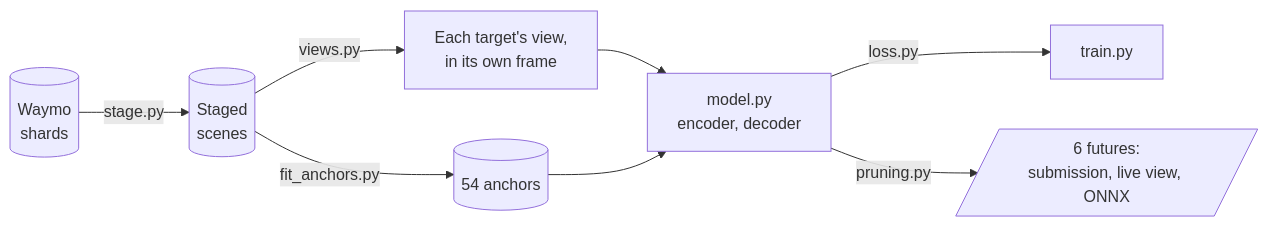
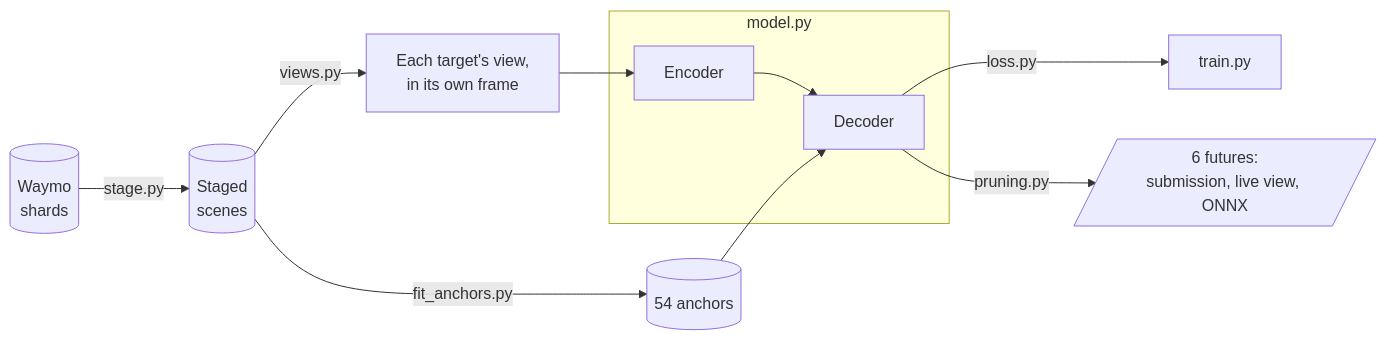
The diagram in README.md (Scott-Grew/MotionNet-avPrediction), drawn with Mermaid before and after one commit.

Commit message:
box the model in the architecture chart

````diff
--- a/README.md
+++ b/README.md
@@ -61,9 +61,13 @@
 ```mermaid
 flowchart LR
     RAW[("Waymo<br/>shards")] -->|stage.py| STAGED[("Staged<br/>scenes")]
     STAGED -->|views.py| VIEW["Each target's view,<br/>in its own frame"]
     STAGED -->|fit_anchors.py| ANCHORS[("54 anchors")]
-    VIEW & ANCHORS --> MODEL["model.py<br/>encoder, decoder"]
-    MODEL -->|loss.py| TRAIN["train.py"]
-    MODEL -->|pruning.py| OUT[/"6 futures:<br/>submission, live view, ONNX"/]
+    subgraph MODEL["model.py"]
+        ENCODER["Encoder"] --> DECODER["Decoder"]
+    end
+    VIEW --> ENCODER
+    ANCHORS --> DECODER
+    DECODER -->|loss.py| TRAIN["train.py"]
+    DECODER -->|pruning.py| OUT[/"6 futures:<br/>submission, live view, ONNX"/]
 ```
````
